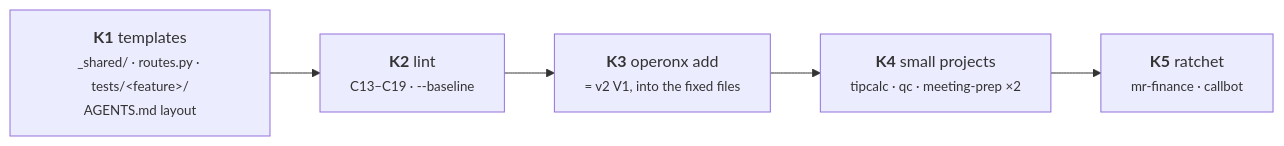
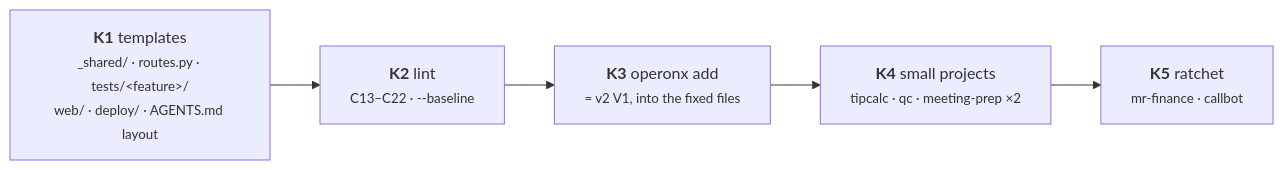
One commit to batman1m2001-cyber/Operonx changed the third of 3 diagrams in docs/PROJECT_CONVENTION.md. Above: the diagram before and after it, drawn with Mermaid. The commit also changed other lines of this file and 2 other files, not shown here.

````diff
--- a/docs/PROJECT_CONVENTION.md
+++ b/docs/PROJECT_CONVENTION.md
@@ -126,7 +147,7 @@
 ```mermaid
 flowchart LR
-  K1["<b>K1</b> templates<br/><small>_shared/ · routes.py · tests/&lt;feature&gt;/<br/>AGENTS.md layout</small>"] --> K2["<b>K2</b> lint<br/><small>C13–C19 · --baseline</small>"]
+  K1["<b>K1</b> templates<br/><small>_shared/ · routes.py · tests/&lt;feature&gt;/<br/>web/ · deploy/ · AGENTS.md layout</small>"] --> K2["<b>K2</b> lint<br/><small>C13–C22 · --baseline</small>"]
   K2 --> K3["<b>K3</b> operonx add<br/><small>= v2 V1, into the fixed files</small>"]
   K3 --> K4["<b>K4</b> small projects<br/><small>tipcalc · qc · meeting-prep ×2</small>"]
   K4 --> K5["<b>K5</b> ratchet<br/><small>mr-finance · callbot</small>"]
 ```
````
